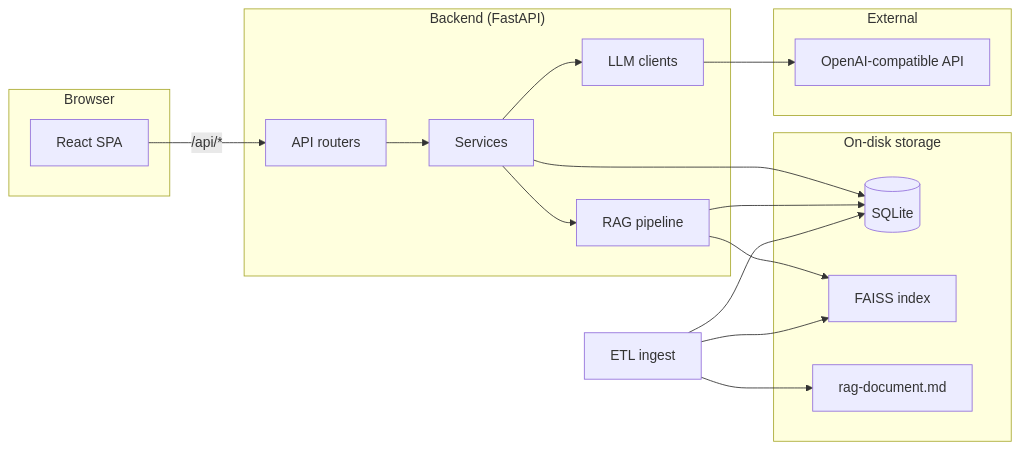
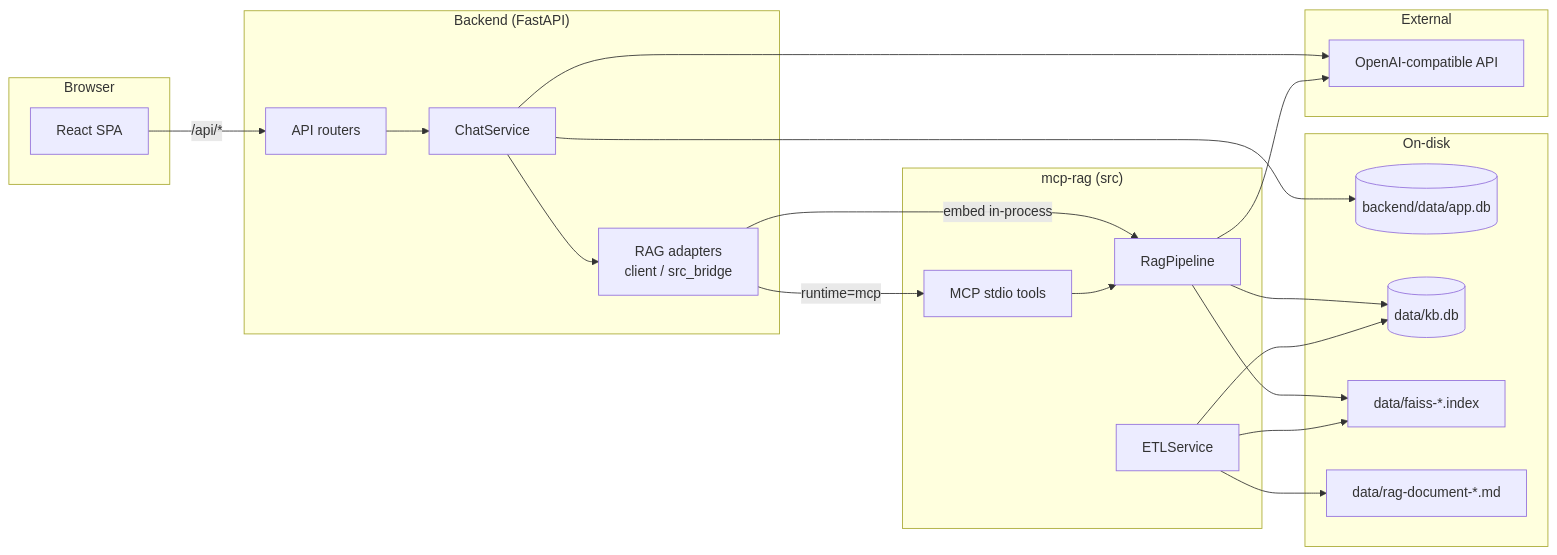
The first of 3 diagrams in docs/ARCHITECTURE.md (Dmitry178/avia-rag-bot), drawn with Mermaid before and after one commit. The commit also changed other lines of this file and 1 other file, not shown here.

Commit message:
Restructure project architecture with mcp-rag separation

````diff
--- a/docs/ARCHITECTURE.md
+++ b/docs/ARCHITECTURE.md
@@ -20,35 +22,44 @@
 ```mermaid
 flowchart LR
     subgraph client ["Browser"]
         UI["React SPA"]
     end
 
     subgraph backend ["Backend (FastAPI)"]
         API["API routers"]
-        SVC["Services"]
-        RAG["RAG pipeline"]
-        LLM["LLM clients"]
+        SVC["ChatService"]
+        ADP["RAG adapters\nclient / src_bridge"]
         API --> SVC
-        SVC --> RAG
-        SVC --> LLM
+        SVC --> ADP
     end
 
-    subgraph storage ["On-disk storage"]
-        DB[("SQLite")]
-        FAISS["FAISS index"]
-        DOC["rag-document.md"]
+    subgraph mcp_rag ["mcp-rag (src)"]
+        RAG["RagPipeline"]
+        ETL["ETLService"]
+        MCP["MCP stdio tools"]
+    end
+
+    subgraph storage ["On-disk"]
+        APPDB[("backend/data/app.db")]
+        KBDB[("data/kb.db")]
+        FAISS["data/faiss-*.index"]
+        DOC["data/rag-document-*.md"]
     end
 
     subgraph external ["External"]
         LLM_API["OpenAI-compatible API"]
     end
 
     UI -->|"/api/*"| API
-    SVC --> DB
+    SVC --> APPDB
+    ADP -->|embed in-process| RAG
+    ADP -->|runtime=mcp| MCP
+    MCP --> RAG
+    RAG --> KBDB
     RAG --> FAISS
-    RAG --> DB
-    LLM --> LLM_API
-    ETL["ETL ingest"] --> DOC
-    ETL --> DB
+    ETL --> DOC
+    ETL --> KBDB
     ETL --> FAISS
+    SVC --> LLM_API
+    RAG --> LLM_API
 ```
````
